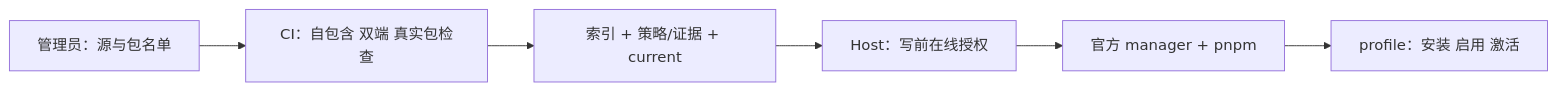
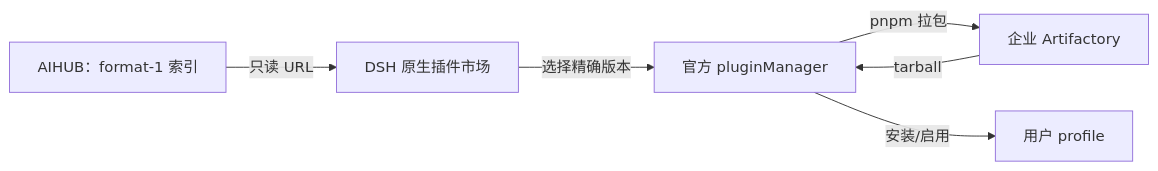
Before and after one commit to hrygo/heluo-forge: the diagram in docs/design/plugins/forge-market.md, drawn with Mermaid. The commit also changed other lines of this file and 42 other files, not shown here.

````diff
--- a/docs/design/plugins/forge-market.md
+++ b/docs/design/plugins/forge-market.md
@@ -40,8 +37,8 @@
 ```mermaid
 flowchart LR
-  A[管理员：源与包名单] --> B[CI：自包含 双端 真实包检查]
-  B --> C[索引 + 策略/证据 + current]
-  C --> D[Host：写前在线授权]
-  D --> E[官方 manager + pnpm]
-  E --> F[profile：安装 启用 激活]
+  A[AIHUB：format-1 索引] -->|只读 URL| B[DSH 原生插件市场]
+  B -->|选择精确版本| C[官方 pluginManager]
+  C -->|pnpm 拉包| D[企业 Artifactory]
+  D -->|tarball| C
+  C -->|安装/启用| E[用户 profile]
 ```
````
